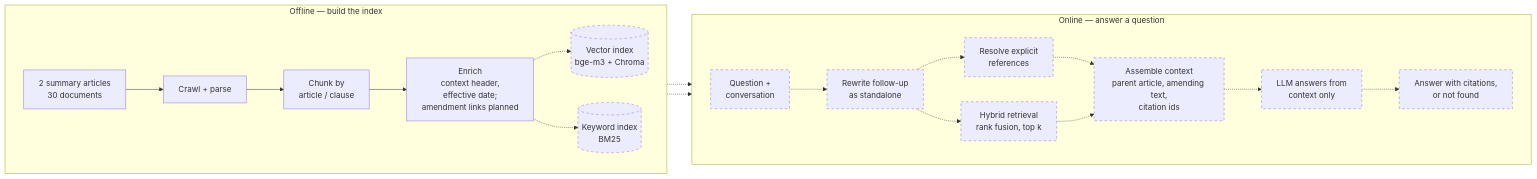
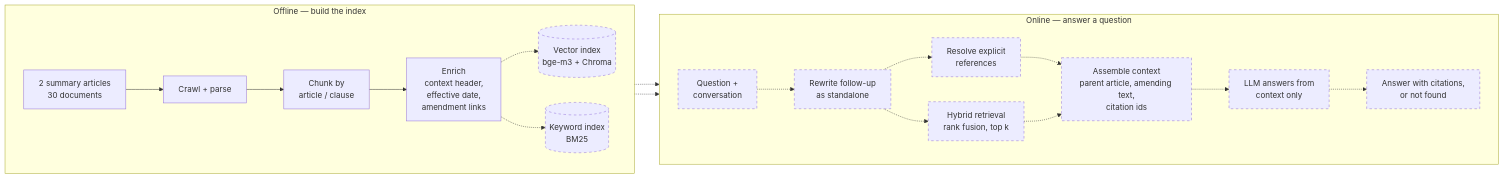
One commit to HieuQuang4438/vn-tax-law-rag changed the diagram in README.md. Above: the diagram before and after it, drawn with Mermaid. The commit also changed other lines of this file and 8 other files, not shown here.

First line of the commit message:
src: read amendment links and invert them onto chunks

````diff
--- a/README.md
+++ b/README.md
@@ -27,26 +27,26 @@
 ```mermaid
 flowchart LR
     subgraph offline["Offline — build the index"]
         direction LR
         src[2 summary articles<br/>30 documents] --> crawl[Crawl + parse]
         crawl --> chunk[Chunk by<br/>article / clause]
-        chunk --> enrich[Enrich<br/>context header,<br/>effective date;<br/>amendment links planned]
+        chunk --> enrich[Enrich<br/>context header,<br/>effective date,<br/>amendment links]
         enrich -.-> vec[(Vector index<br/>bge-m3 + Chroma)]
         enrich -.-> kw[(Keyword index<br/>BM25)]
     end
     subgraph online["Online — answer a question"]
         direction LR
         q[Question +<br/>conversation] -.-> rw[Rewrite follow-up<br/>as standalone]
         rw -.-> ref[Resolve explicit<br/>references]
         rw -.-> hyb[Hybrid retrieval<br/>rank fusion, top k]
         ref -.-> aug[Assemble context<br/>parent article, amending text,<br/>citation ids]
         hyb -.-> aug
         aug -.-> llm[LLM answers from<br/>context only]
         llm -.-> out[Answer with citations,<br/>or not found]
     end
     vec -.-> hyb
     kw -.-> hyb
 
     classDef planned stroke-dasharray: 5 5
     class vec,kw,q,rw,ref,hyb,aug,llm,out planned
 ```
````
